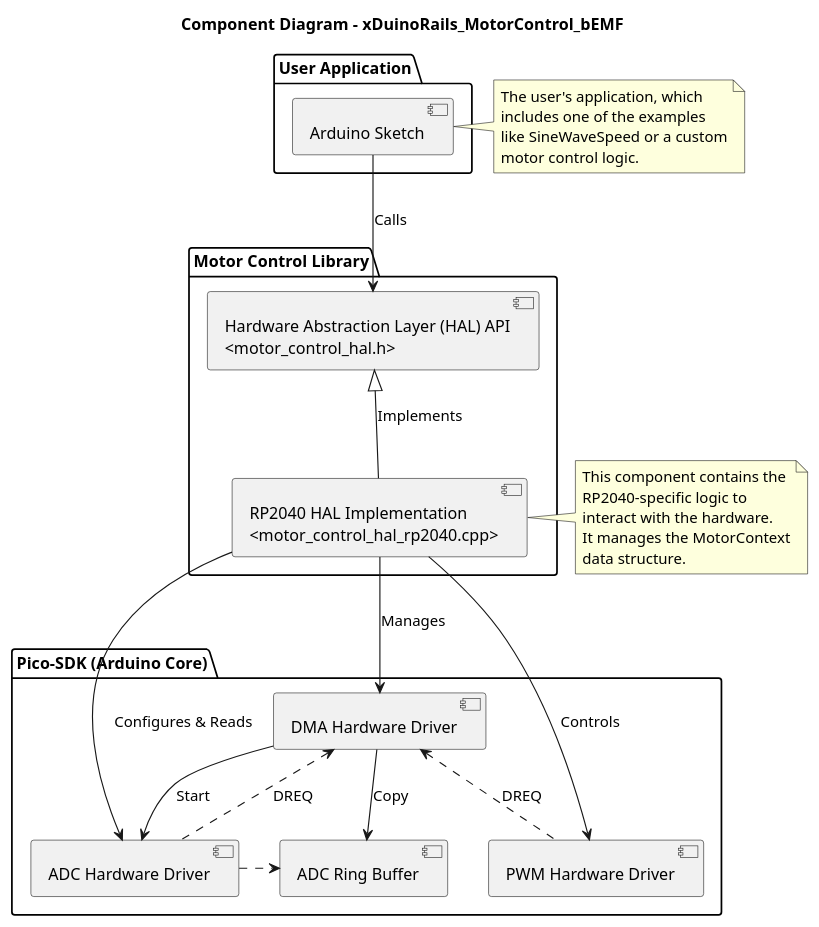
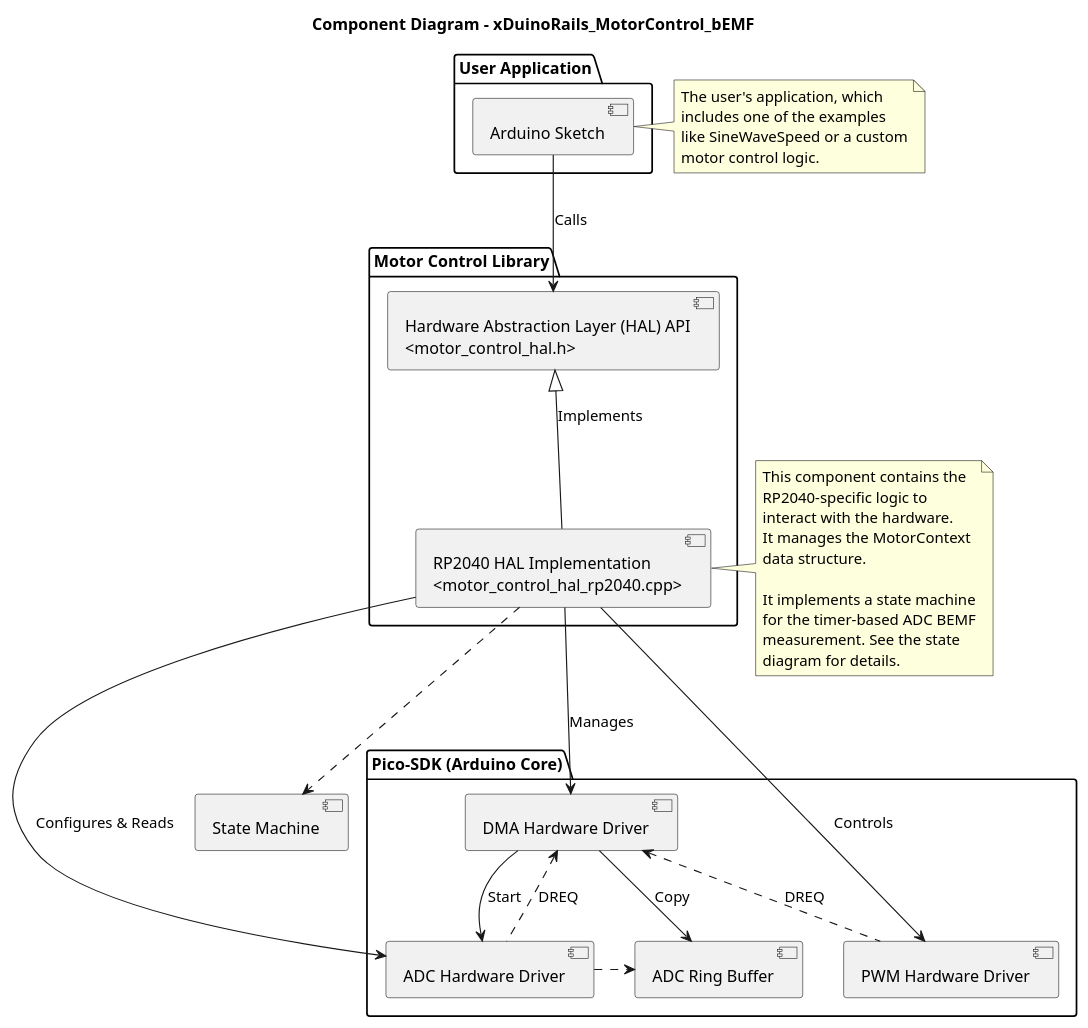
Before and after one commit to chatelao/xDuinoRails_MotorControl_bEMF: the diagram in diagrams/component_diagram.puml, drawn with PlantUML. The commit also changed 6 other files, not shown here.

First line of the commit message:
feat(diagrams): add state diagram for timer case and update all diagrams

```diff
--- a/diagrams/component_diagram.puml
+++ b/diagrams/component_diagram.puml
@@ -1,51 +1,59 @@
 @startuml component_diagram
 
-'!theme vibrant
+''!theme vibrant
 
 title Component Diagram - xDuinoRails_MotorControl_bEMF
 
 package "User Application" {
   [Arduino Sketch] as Sketch
 }
 
 package "Motor Control Library" {
   [Hardware Abstraction Layer (HAL) API\n<motor_control_hal.h>] as HAL_API
   [RP2040 HAL Implementation\n<motor_control_hal_rp2040.cpp>] as RP2040_IMPL
 }
 
 package "Pico-SDK (Arduino Core)" {
     [PWM Hardware Driver] as PWM
     [ADC Hardware Driver] as ADC
     [ADC Ring Buffer] as ADC_BUFF
     [DMA Hardware Driver] as DMA
 }
 
 Sketch -down-> HAL_API : Calls
 HAL_API <|-- RP2040_IMPL : Implements
 RP2040_IMPL -down-> PWM : Controls
 RP2040_IMPL -down-> ADC : Configures & Reads
 RP2040_IMPL -down-> DMA : Manages
 
 DMA <.. PWM : DREQ
 DMA --> ADC : Start
 DMA <.. ADC : DREQ
 DMA --> ADC_BUFF : Copy
 ADC .> ADC_BUFF
 
 
 note right of Sketch
   The user's application, which
   includes one of the examples
   like SineWaveSpeed or a custom
   motor control logic.
 end note
 
 note left of RP2040_IMPL
   This component contains the
   RP2040-specific logic to
   interact with the hardware.
   It manages the MotorContext
   data structure.
+
+  It implements a state machine
+  for the timer-based ADC BEMF
+  measurement. See the state
+  diagram for details.
 end note
 
+[State Machine] as SM
+RP2040_IMPL ..> SM
+
 @enduml
```
